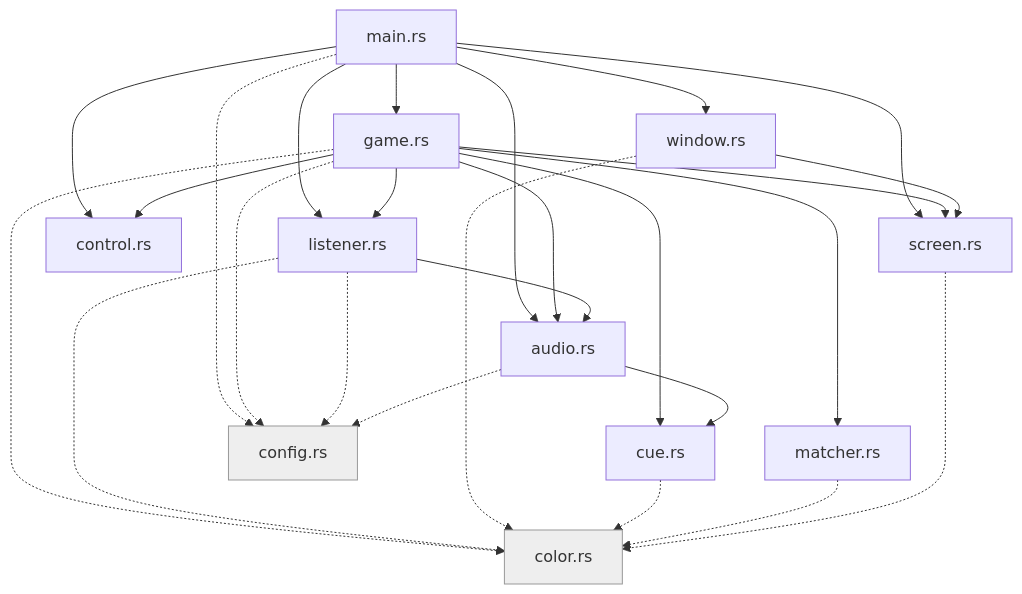
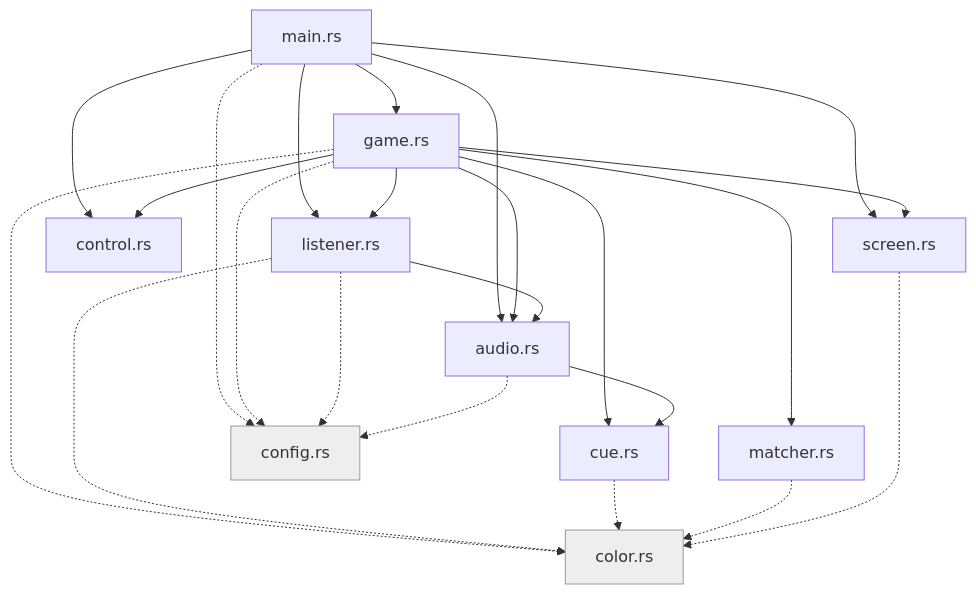
Before and after one commit to mpyw/donna-iro: the diagram in README.md, drawn with Mermaid. The commit also changed other lines of this file and 13 other files, not shown here.

````diff
--- a/README.md
+++ b/README.md
@@ -199,46 +204,42 @@
 ```mermaid
 flowchart TD
     main["main.rs"]
     game["game.rs"]
-    window["window.rs"]
     listener["listener.rs"]
     audio["audio.rs"]
     matcher["matcher.rs"]
     control["control.rs"]
     screen["screen.rs"]
     cue["cue.rs"]
     color["color.rs"]
     config["config.rs"]
 
     main --> game
-    main --> window
     main --> listener
     main --> audio
     main --> control
     main --> screen
 
     game --> listener
     game --> audio
     game --> matcher
     game --> control
     game --> screen
     game --> cue
 
     listener --> audio
     audio --> cue
-    window --> screen
 
     main -.-> config
     game -.-> config
     game -.-> color
     listener -.-> config
     listener -.-> color
     audio -.-> config
-    window -.-> color
     cue -.-> color
     matcher -.-> color
     screen -.-> color
 
     classDef base fill:#eee,stroke:#999,color:#333;
     class color,config base;
 ```
````
